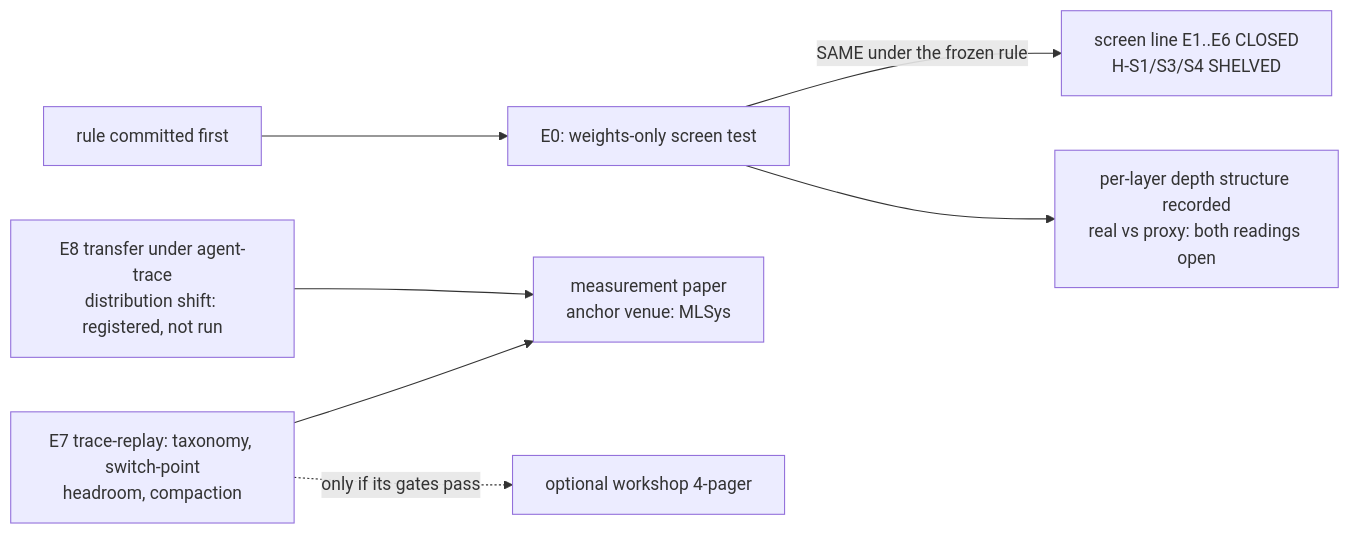
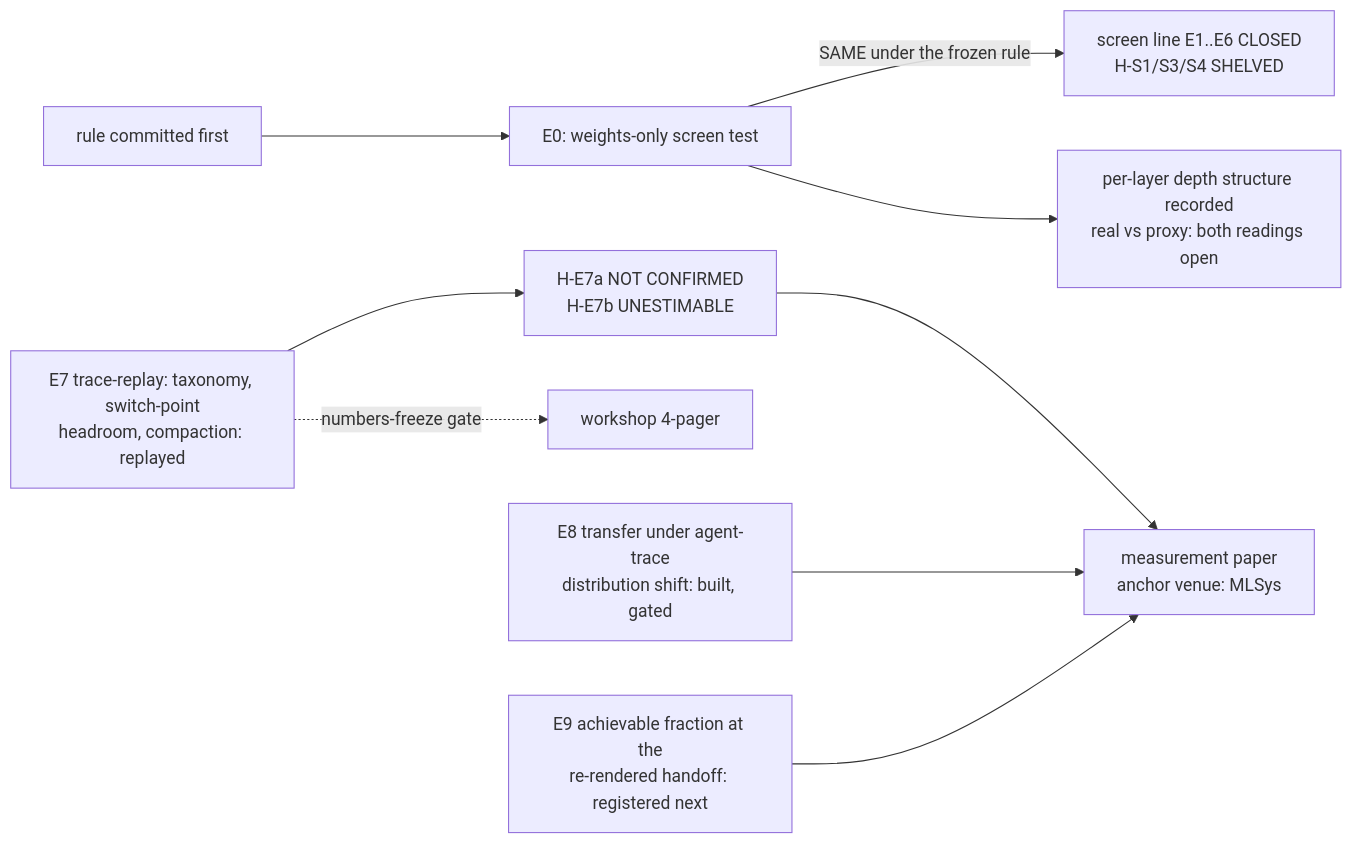
One commit to hossainpazooki/linear-ceiling changed the first of 6 diagrams in README.md. Above: the diagram before and after it, drawn with Mermaid. The commit also changed other lines of this file and 4 other files, not shown here.

````diff
--- a/README.md
+++ b/README.md
@@ -10,9 +13,11 @@
 ```mermaid
 flowchart LR
     RULE[rule committed first] --> E0[E0: weights-only screen test]
     E0 -->|SAME under the frozen rule| CLOSED[screen line E1..E6 CLOSED<br/>H-S1/S3/S4 SHELVED]
     E0 --> DEPTH[per-layer depth structure recorded<br/>real vs proxy: both readings open]
-    E7[E7 trace-replay: taxonomy, switch-point<br/>headroom, compaction] --> ANCHOR[measurement paper<br/>anchor venue: MLSys]
-    E7 -.->|only if its gates pass| WS[optional workshop 4-pager]
-    E8[E8 transfer under agent-trace<br/>distribution shift: registered, not run] --> ANCHOR
+    E7[E7 trace-replay: taxonomy, switch-point<br/>headroom, compaction: replayed] --> V7[H-E7a NOT CONFIRMED<br/>H-E7b UNESTIMABLE]
+    V7 --> ANCHOR[measurement paper<br/>anchor venue: MLSys]
+    E7 -.->|numbers-freeze gate| WS[workshop 4-pager]
+    E8[E8 transfer under agent-trace<br/>distribution shift: built, gated] --> ANCHOR
+    E9[E9 achievable fraction at the<br/>re-rendered handoff: registered next] --> ANCHOR
 ```
````
